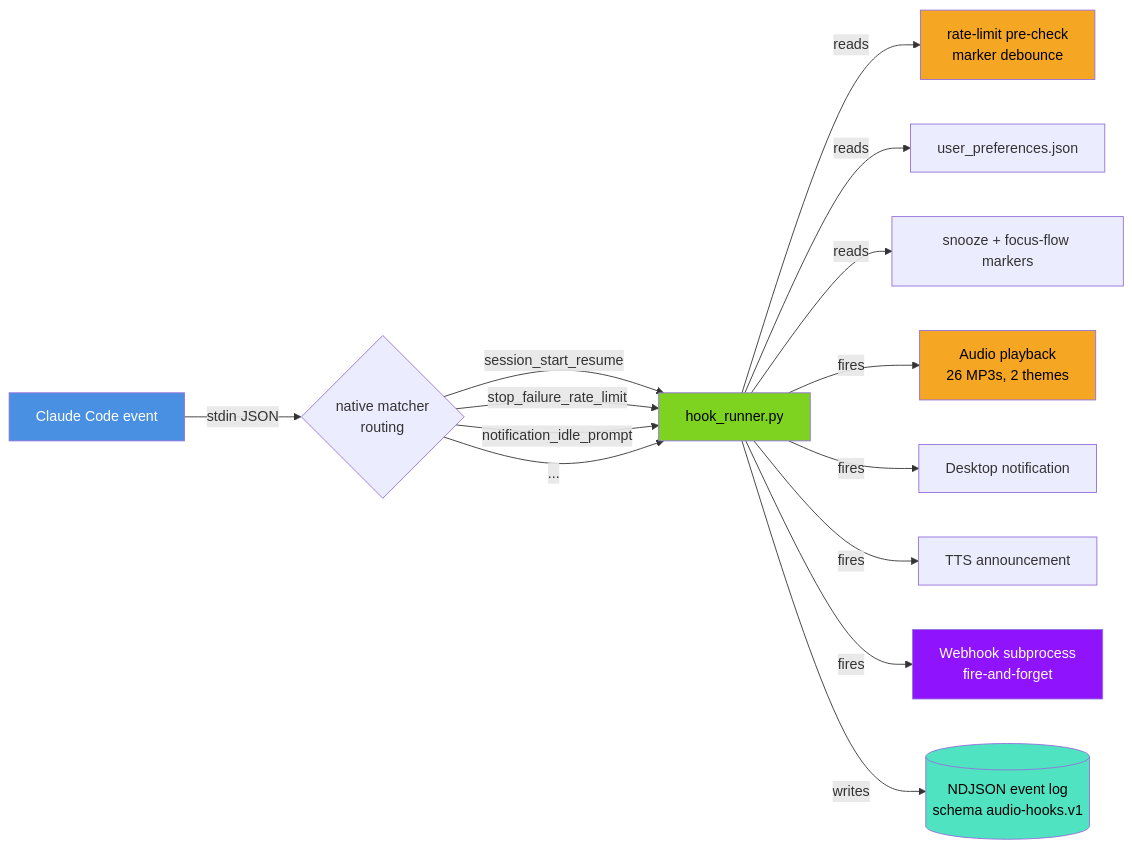
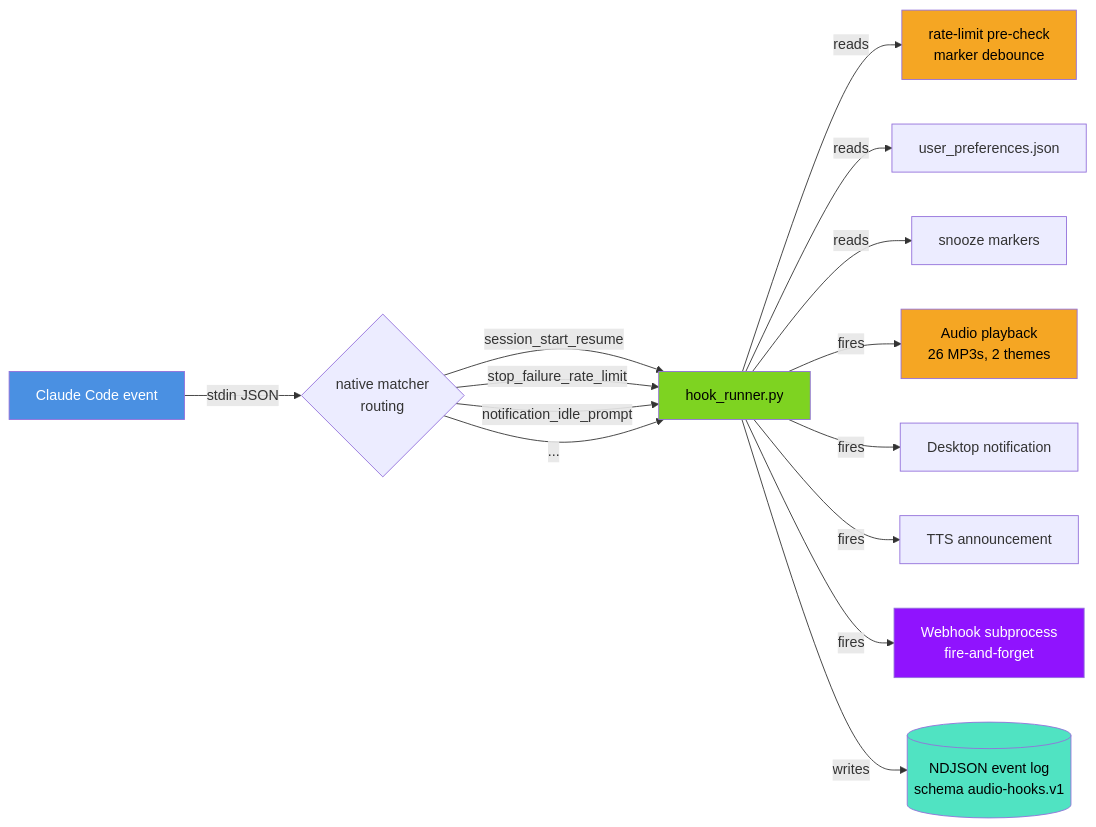
The first of 6 diagrams in docs/ARCHITECTURE.md (Samehadar/echook), drawn with Mermaid before and after one commit. The commit also changed other lines of this file and 55 other files, not shown here.

````diff
--- a/docs/ARCHITECTURE.md
+++ b/docs/ARCHITECTURE.md
@@ -26,25 +26,25 @@
 ```mermaid
 flowchart LR
     CC[Claude Code event] -->|stdin JSON| MR{native matcher<br/>routing}
     MR -->|session_start_resume| HR[hook_runner.py]
     MR -->|stop_failure_rate_limit| HR
     MR -->|notification_idle_prompt| HR
     MR -->|...| HR
 
     HR -->|reads| RL[rate-limit pre-check<br/>marker debounce]
     HR -->|reads| CFG[user_preferences.json]
-    HR -->|reads| MARK[snooze + focus-flow markers]
+    HR -->|reads| MARK[snooze markers]
 
     HR -->|fires| AUDIO[Audio playback<br/>26 MP3s, 2 themes]
     HR -->|fires| NOTIF[Desktop notification]
     HR -->|fires| TTS[TTS announcement]
     HR -->|fires| WH[Webhook subprocess<br/>fire-and-forget]
     HR -->|writes| LOG[(NDJSON event log<br/>schema audio-hooks.v1)]
 
     style CC fill:#4A90E2,color:#fff
     style HR fill:#7ED321,color:#000
     style RL fill:#F5A623,color:#000
     style AUDIO fill:#F5A623,color:#000
     style WH fill:#9013FE,color:#fff
     style LOG fill:#50E3C2,color:#000
 ```
````
